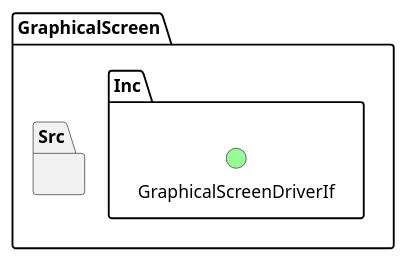
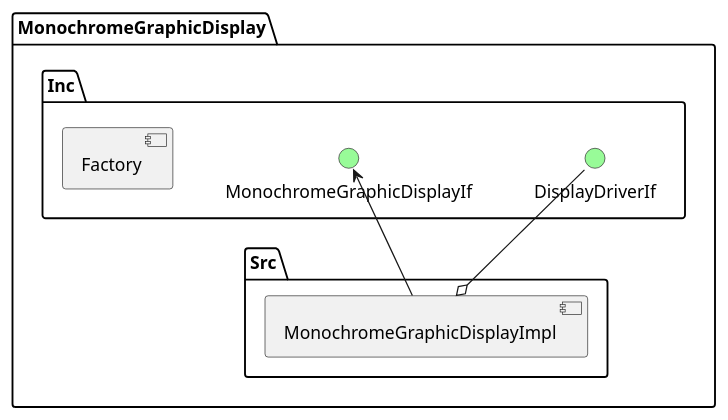
One commit to domikal792/c_cpp_arm changed the diagram in Cpp_Arm_2021_Kala_Jaraczewski/DisplayApp/App/MonochromeGraphicDisplay/README.md. Above: the diagram before and after it, drawn with PlantUML. The commit also changed other lines of this file and 5 other files, not shown here.

````diff
--- a/Cpp_Arm_2021_Kala_Jaraczewski/DisplayApp/App/MonochromeGraphicDisplay/README.md
+++ b/Cpp_Arm_2021_Kala_Jaraczewski/DisplayApp/App/MonochromeGraphicDisplay/README.md
@@ -3,17 +3,23 @@
 ```plantuml
 
 @startuml
 
-package "GraphicalScreen" {
+package "MonochromeGraphicDisplay" {
     package "Inc" {
-        () GraphicalScreenDriverIf #palegreen
+        () DisplayDriverIf #palegreen
+        () MonochromeGraphicDisplayIf #palegreen
+
+        [Factory]
     }
 
     package "Src" {
+        [MonochromeGraphicDisplayImpl]
 
+        MonochromeGraphicDisplayImpl --> MonochromeGraphicDisplayIf
+        MonochromeGraphicDisplayImpl o-u- DisplayDriverIf
     }
 }
 
 @enduml
 
 ```
````
